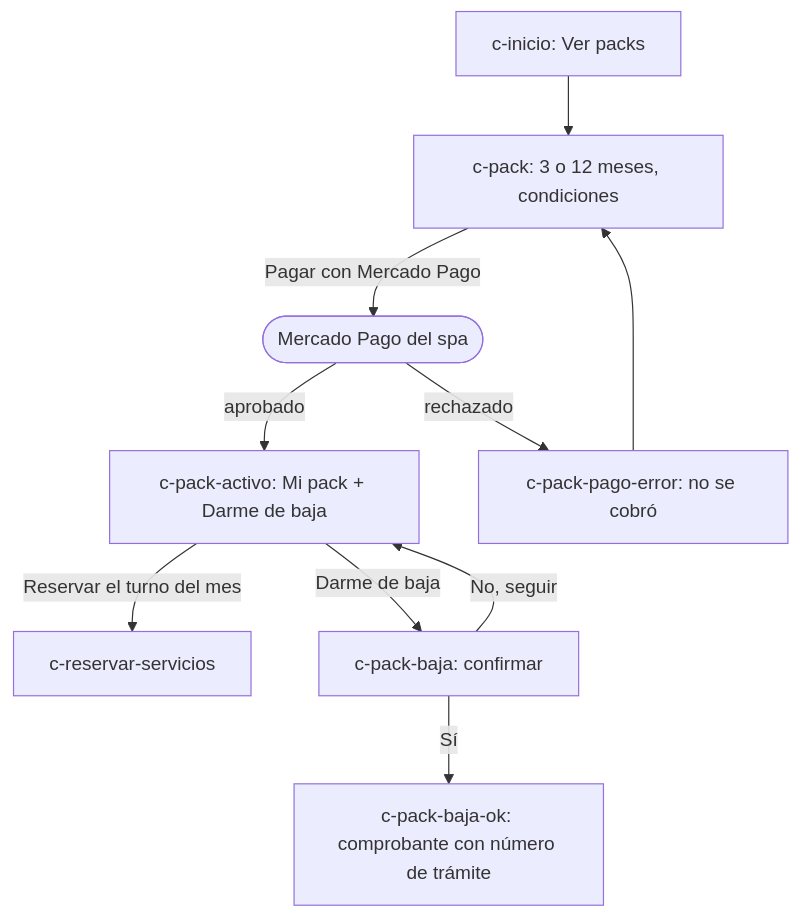
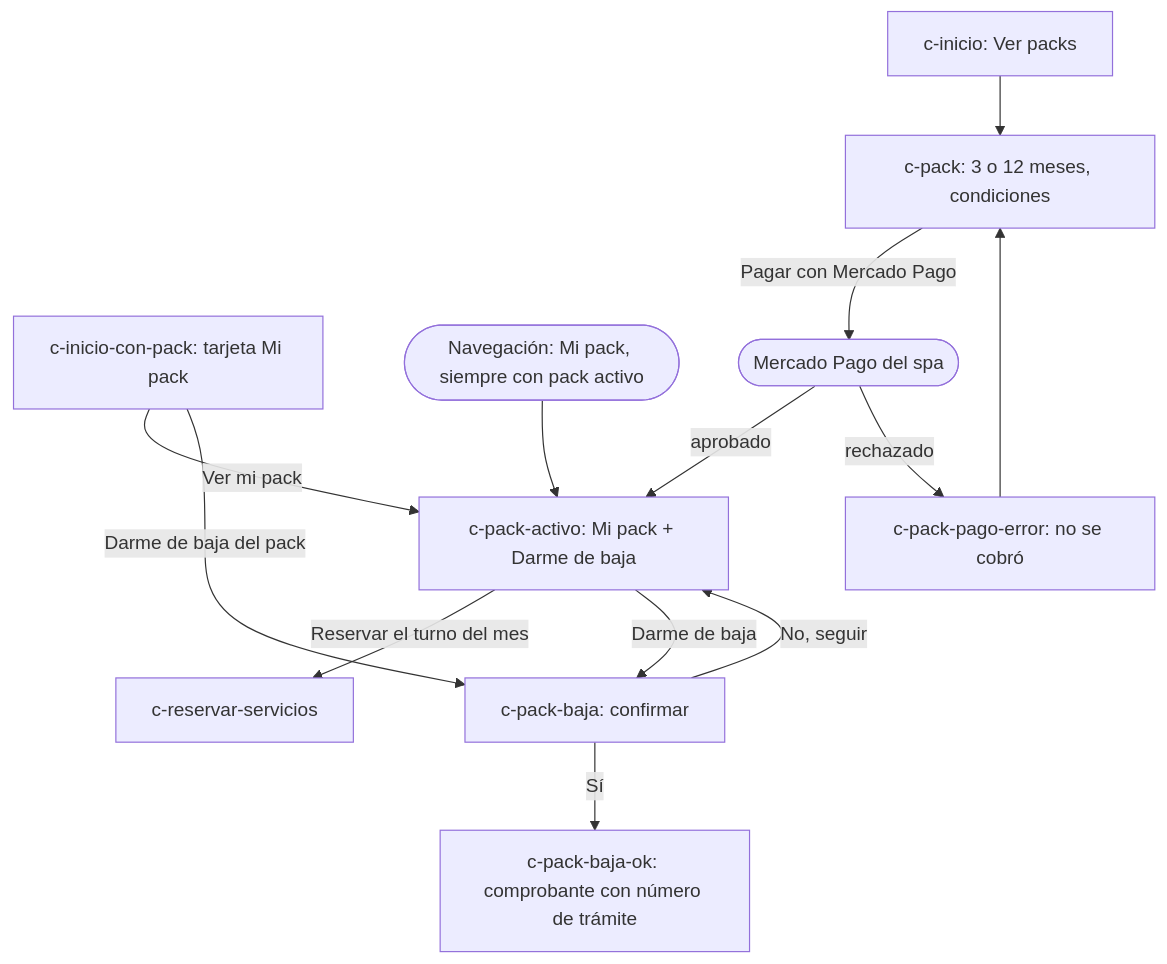
Before and after one commit to gm2dev/coop-agents-design: the fifth of 8 diagrams in initiatives/spa-reservas-mvp/flows.md, drawn with Mermaid. The commit also changed other lines of this file and 44 other files, not shown here.

````diff
--- a/initiatives/spa-reservas-mvp/flows.md
+++ b/initiatives/spa-reservas-mvp/flows.md
@@ -69,11 +69,14 @@
 ```mermaid
 flowchart TD
   A[c-inicio: Ver packs] --> P[c-pack: 3 o 12 meses, condiciones]
+  I2[c-inicio-con-pack: tarjeta Mi pack] -->|Ver mi pack| OK
+  I2 -->|Darme de baja del pack| B
+  N([Navegación: Mi pack, siempre con pack activo]) --> OK
   P -->|Pagar con Mercado Pago| MP([Mercado Pago del spa])
   MP -->|aprobado| OK[c-pack-activo: Mi pack + Darme de baja]
   MP -->|rechazado| E[c-pack-pago-error: no se cobró] --> P
   OK -->|Reservar el turno del mes| S[c-reservar-servicios]
   OK -->|Darme de baja| B[c-pack-baja: confirmar]
   B -->|No, seguir| OK
   B -->|Sí| BO[c-pack-baja-ok: comprobante con número de trámite]
 ```
````
